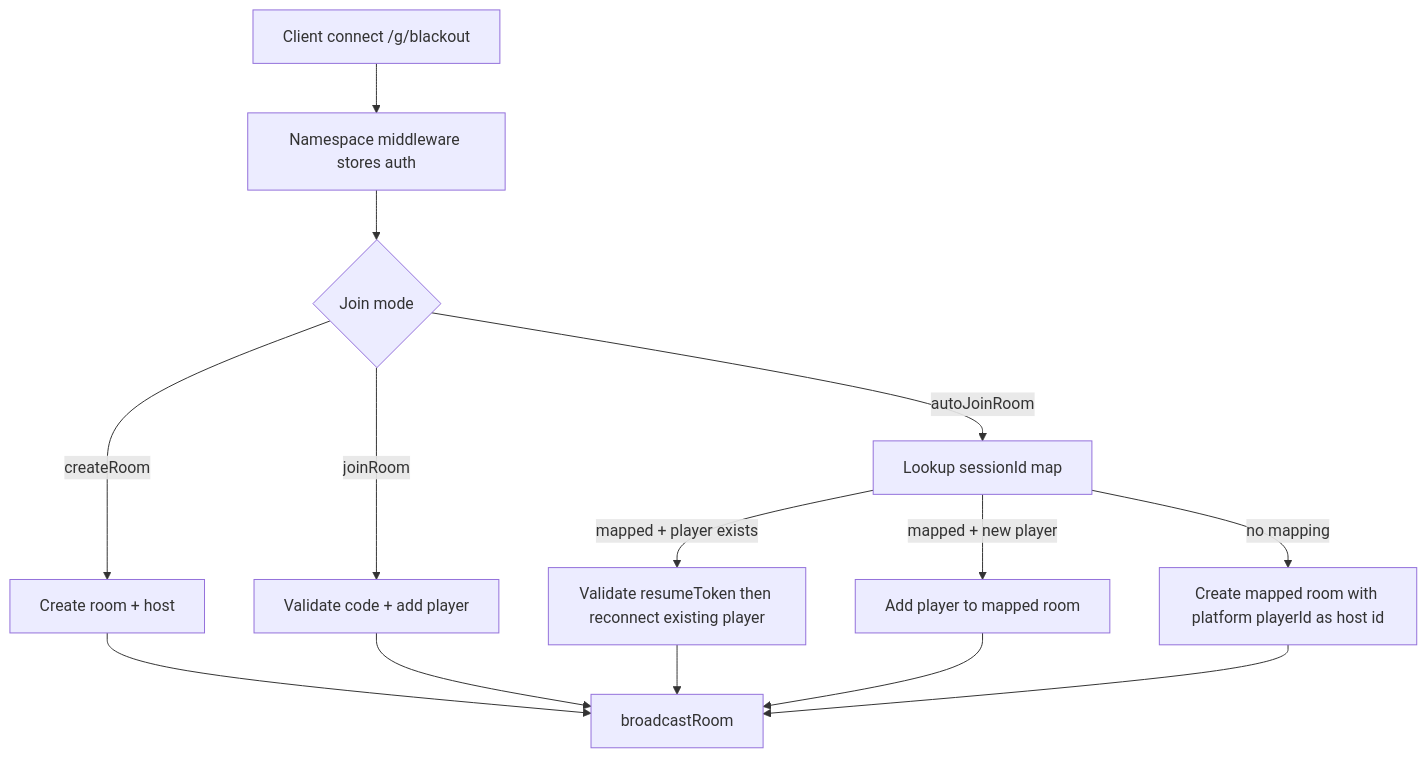
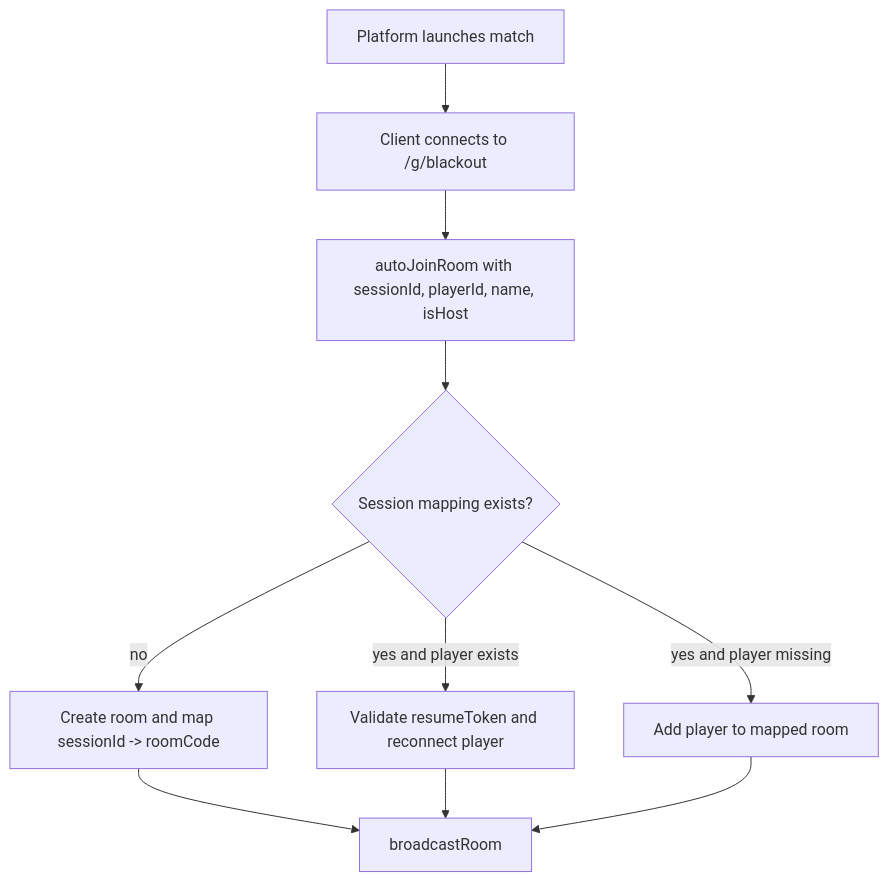
The first of 3 diagrams in games/blackout/docs/architecture.md (jsevenheck/game-platform), drawn with Mermaid before and after one commit. The commit also changed other lines of this file and 25 other files, not shown here.

````diff
--- a/games/blackout/docs/architecture.md
+++ b/games/blackout/docs/architecture.md
@@ -102,16 +106,12 @@
 ```mermaid
 flowchart TD
-  A[Client connect /g/blackout] --> B[Namespace middleware stores auth]
-  B --> C{Join mode}
-  C -->|createRoom| D[Create room + host]
-  C -->|joinRoom| E[Validate code + add player]
-  C -->|autoJoinRoom| F[Lookup sessionId map]
-  F -->|mapped + player exists| G[Validate resumeToken then reconnect existing player]
-  F -->|mapped + new player| H[Add player to mapped room]
-  F -->|no mapping| I[Create mapped room with platform playerId as host id]
-  D --> J[broadcastRoom]
-  E --> J
-  G --> J
-  H --> J
-  I --> J
+  A[Platform launches match] --> B[Client connects to /g/blackout]
+  B --> C[autoJoinRoom with sessionId, playerId, name, isHost]
+  C --> D{Session mapping exists?}
+  D -->|no| E[Create room and map sessionId -> roomCode]
+  D -->|yes and player exists| F[Validate resumeToken and reconnect player]
+  D -->|yes and player missing| G[Add player to mapped room]
+  E --> H[broadcastRoom]
+  F --> H
+  G --> H
 ```
````
